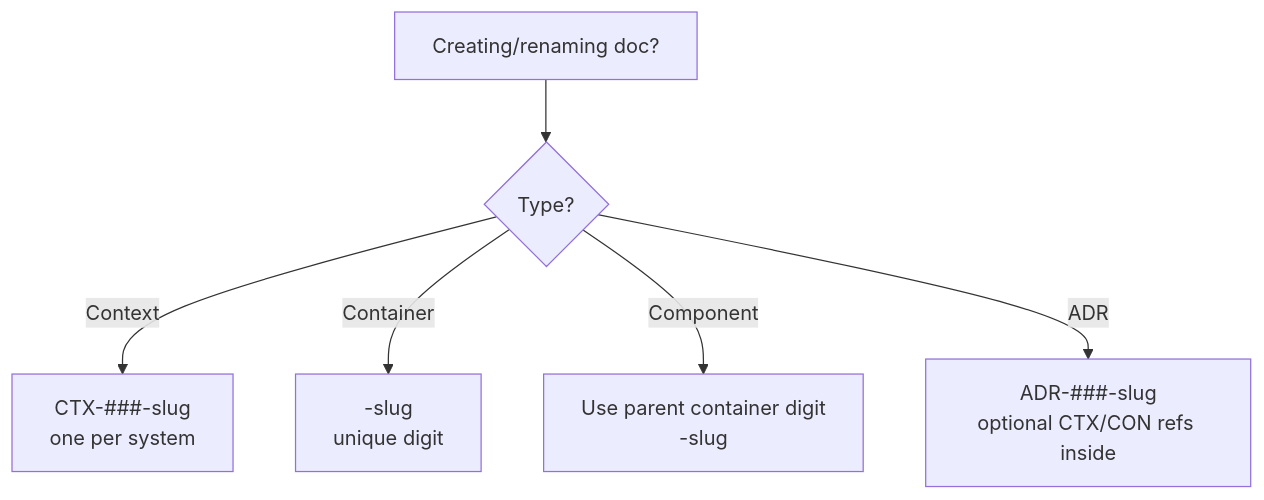
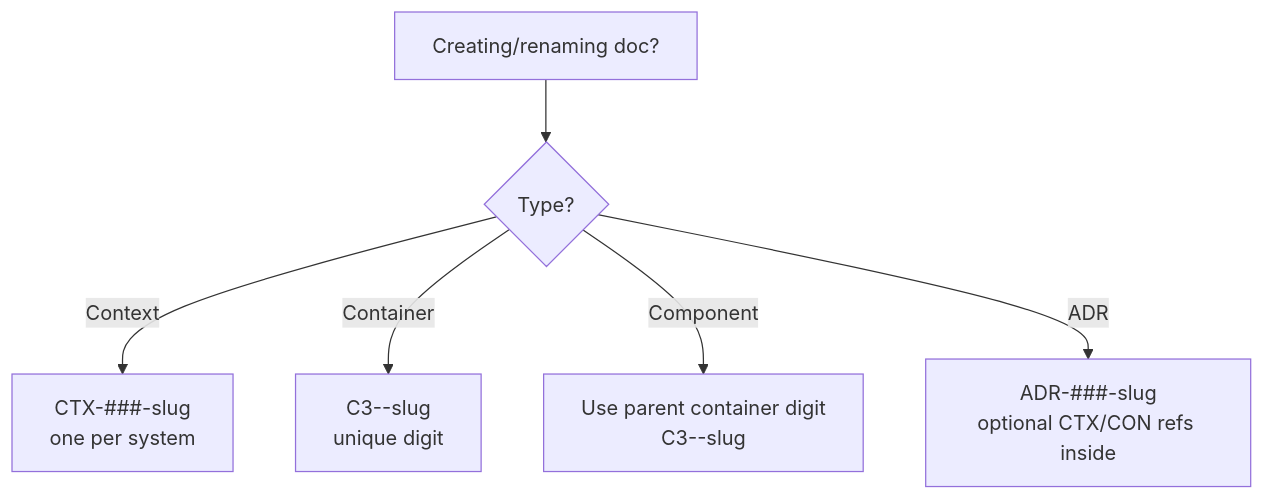
One commit to lagz0ne/c3-skill changed the diagram in skills/c3-naming/SKILL.md. Above: the diagram before and after it, drawn with Mermaid. The commit also changed other lines of this file, not shown here.

````diff
--- a/skills/c3-naming/SKILL.md
+++ b/skills/c3-naming/SKILL.md
@@ -33,8 +33,8 @@
 ```mermaid
 flowchart TD
     Need[Creating/renaming doc?] --> Type{Type?}
     Type -->|Context| Ctx[CTX-###-slug<br/>one per system]
-    Type -->|Container| Con[<C>-slug<br/>unique digit]
-    Type -->|Component| Com[Use parent container digit<br/><C><NN>-slug]
+    Type -->|Container| Con[C3-<C>-slug<br/>unique digit]
+    Type -->|Component| Com[Use parent container digit<br/>C3-<C><NN>-slug]
     Type -->|ADR| Adr[ADR-###-slug<br/>optional CTX/CON refs inside]
 ```
````
